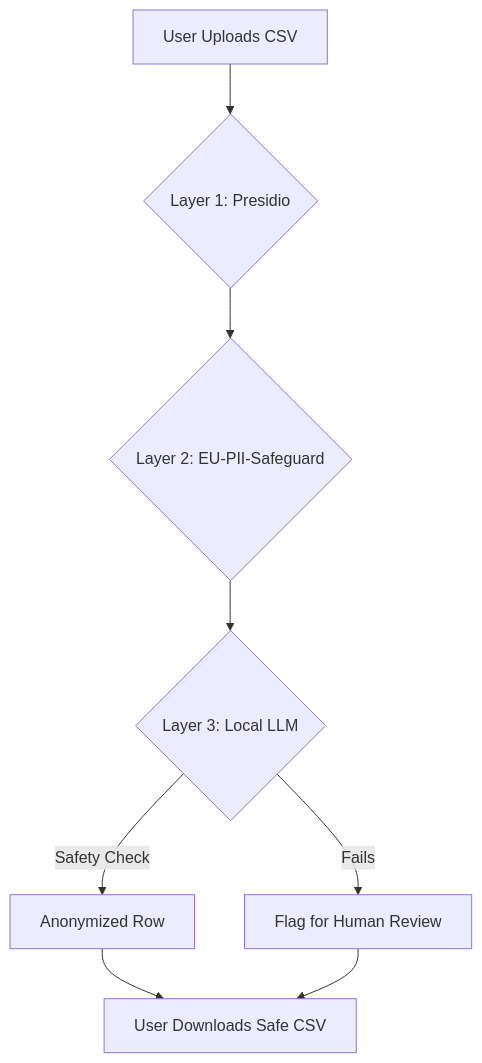
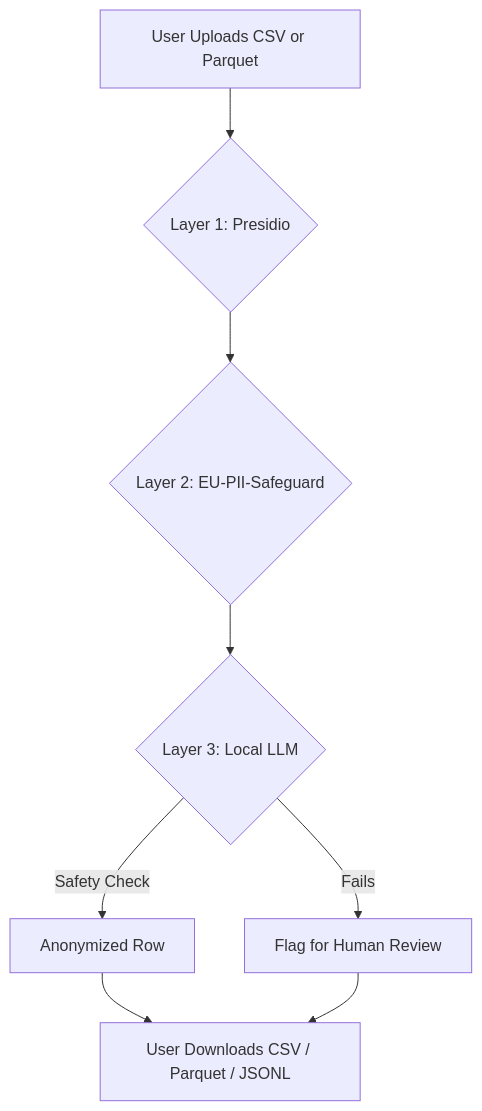
The diagram in privacy_officer/README.md (nickvanhooff/agents), drawn with Mermaid before and after one commit. The commit also changed other lines of this file and 3 other files, not shown here.

````diff
--- a/privacy_officer/README.md
+++ b/privacy_officer/README.md
@@ -38,10 +38,10 @@
 ```mermaid
 graph TD
-    A[User Uploads CSV] --> B{Layer 1: Presidio}
+    A[User Uploads CSV or Parquet] --> B{Layer 1: Presidio}
     B --> C{Layer 2: EU-PII-Safeguard}
     C --> D{Layer 3: Local LLM}
     D -->|Safety Check| E[Anonymized Row]
-    E --> F[User Downloads Safe CSV]
+    E --> F[User Downloads CSV / Parquet / JSONL]
     D -->|Fails| G[Flag for Human Review]
     G --> F
 ```
````
